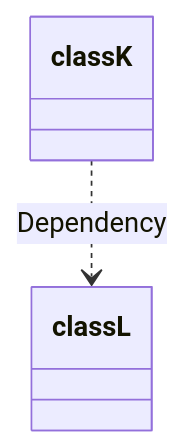
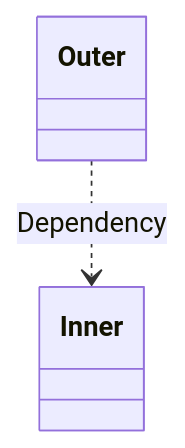
Before and after one commit to jdalma/footprints: the sixth of 6 diagrams in 정리/UML.md, drawn with Mermaid. The commit also changed other lines of this file and 5 other files, not shown here.

````diff
--- a/정리/UML.md
+++ b/정리/UML.md
@@ -108,4 +108,4 @@
 ```mermaid
 classDiagram
-    classK ..> classL : Dependency
+    Outer ..> Inner : Dependency
 ```
````
